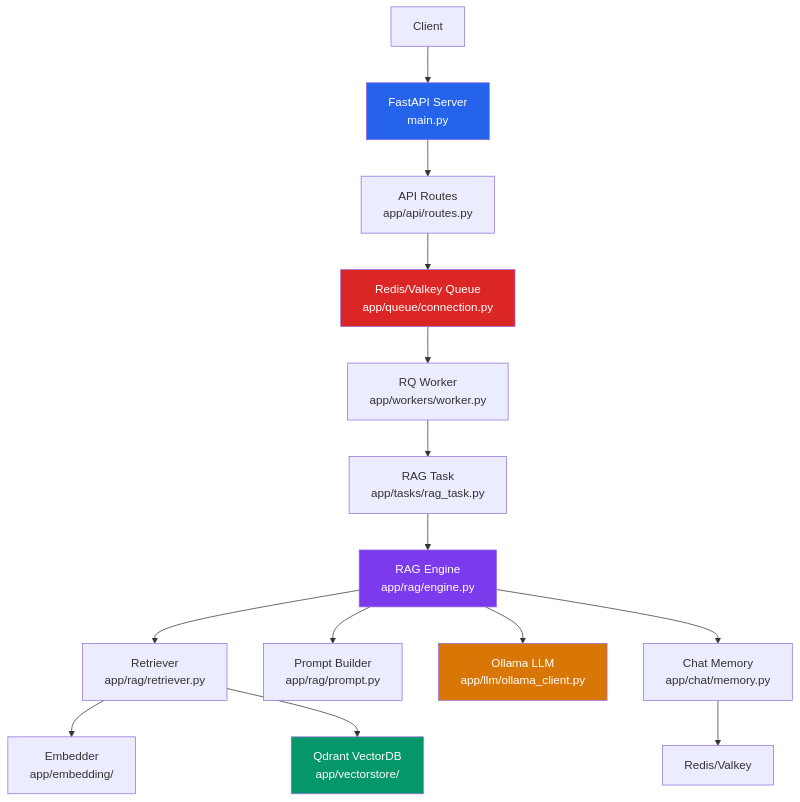
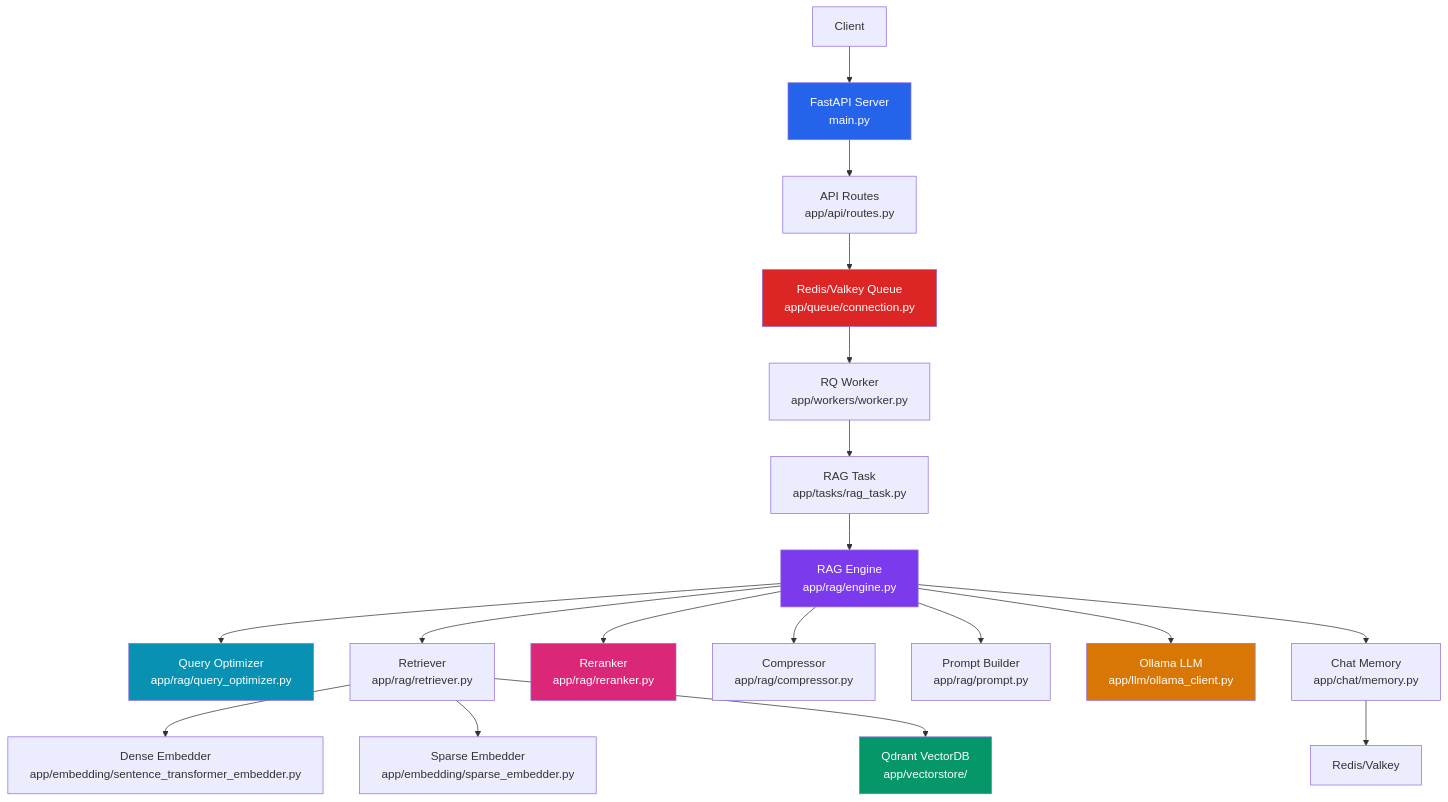
Before and after one commit to dev2180/rag-async-chat: the first of 3 diagrams in readme.md, drawn with Mermaid. The commit also changed other lines of this file and 18 other files, not shown here.

First line of the commit message:
chore: RAG architecture documentation, test environment fixes, and optimizer robustness

````diff
--- a/readme.md
+++ b/readme.md
@@ -11,22 +11,28 @@
 ```mermaid
 graph TD
     A[Client] --> B[FastAPI Server<br>main.py]
     B --> C[API Routes<br>app/api/routes.py]
     C --> D[Redis/Valkey Queue<br>app/queue/connection.py]
     D --> E[RQ Worker<br>app/workers/worker.py]
     E --> F[RAG Task<br>app/tasks/rag_task.py]
     F --> G[RAG Engine<br>app/rag/engine.py]
+    G --> QO[Query Optimizer<br>app/rag/query_optimizer.py]
     G --> H[Retriever<br>app/rag/retriever.py]
+    G --> RR[Reranker<br>app/rag/reranker.py]
+    G --> CP[Compressor<br>app/rag/compressor.py]
     G --> I[Prompt Builder<br>app/rag/prompt.py]
     G --> J[Ollama LLM<br>app/llm/ollama_client.py]
     G --> K[Chat Memory<br>app/chat/memory.py]
-    H --> L[Embedder<br>app/embedding/]
+    H --> L[Dense Embedder<br>app/embedding/sentence_transformer_embedder.py]
+    H --> LS[Sparse Embedder<br>app/embedding/sparse_embedder.py]
     H --> M[Qdrant VectorDB<br>app/vectorstore/]
     K --> D2[Redis/Valkey]
 
     style B fill:#2563eb,color:#fff
     style G fill:#7c3aed,color:#fff
     style D fill:#dc2626,color:#fff
     style M fill:#059669,color:#fff
     style J fill:#d97706,color:#fff
+    style RR fill:#db2777,color:#fff
+    style QO fill:#0891b2,color:#fff
 ```
````
